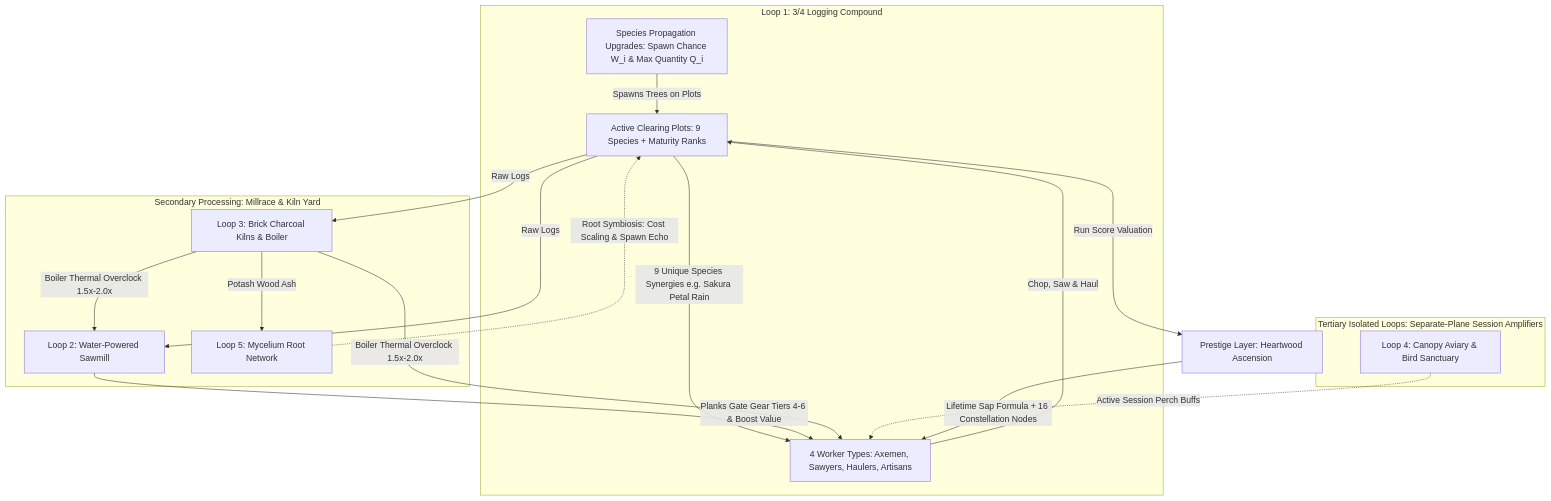
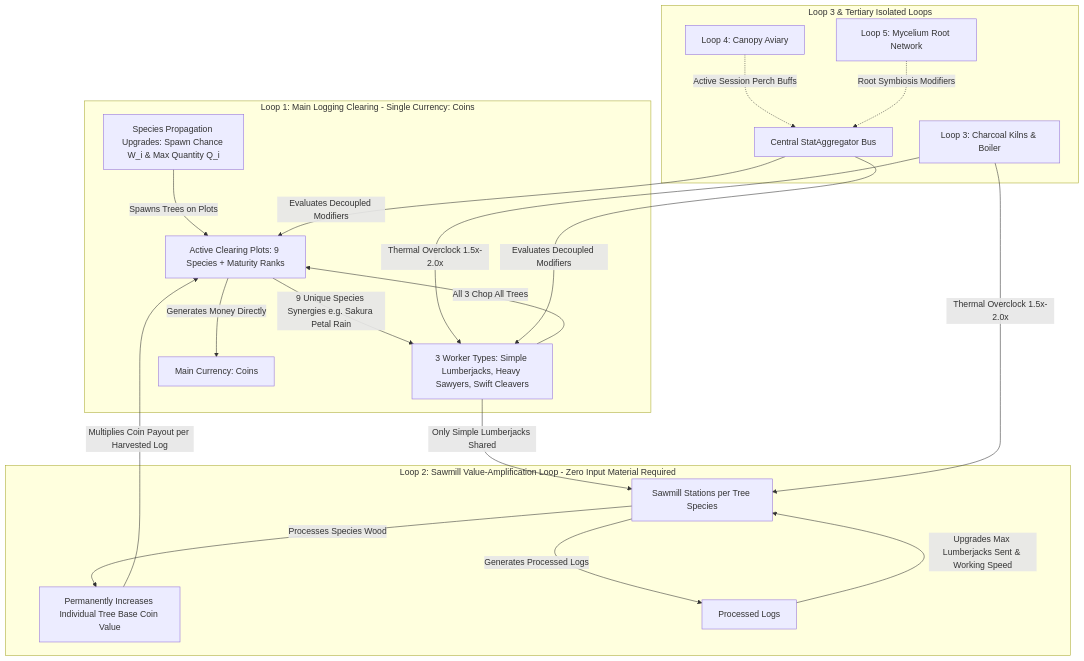
The diagram in docs/architecture/treecremental_design_doc.md (JS-Marinn/treecremental-game), drawn with Mermaid before and after one commit. The commit also changed other lines of this file and 5 other files, not shown here.

Commit message:
Update planning docs to v0.6: single main currency, Sawmill tree-value amplification loop, 3 worker types, and hyper-modular StatAggregator architecture

````diff
--- a/docs/architecture/treecremental_design_doc.md
+++ b/docs/architecture/treecremental_design_doc.md
@@ -118,25 +113,26 @@
 ```mermaid
 flowchart TD
-  subgraph Loop 1: 3/4 Logging Compound
+  subgraph Loop 1: Main Logging Clearing - Single Currency: Coins
     PROP[Species Propagation Upgrades: Spawn Chance W_i & Max Quantity Q_i] -->|Spawns Trees on Plots| PLOTS[Active Clearing Plots: 9 Species + Maturity Ranks]
-    CREW[4 Worker Types: Axemen, Sawyers, Haulers, Artisans] -->|Chop, Saw & Haul| PLOTS
+    CREW[3 Worker Types: Simple Lumberjacks, Heavy Sawyers, Swift Cleavers] -->|All 3 Chop All Trees| PLOTS
+    PLOTS -->|Generates Money Directly| COINS[Main Currency: Coins]
     PLOTS -->|9 Unique Species Synergies e.g. Sakura Petal Rain| CREW
   end
 
-  subgraph Secondary Processing: Millrace & Kiln Yard
-    PLOTS -->|Raw Logs| MILL[Loop 2: Water-Powered Sawmill]
-    PLOTS -->|Raw Logs| KILN[Loop 3: Brick Charcoal Kilns & Boiler]
-    MILL -->|Planks Gate Gear Tiers 4-6 & Boost Value| CREW
-    KILN -->|Boiler Thermal Overclock 1.5x-2.0x| MILL
-    KILN -->|Boiler Thermal Overclock 1.5x-2.0x| CREW
-    KILN -->|Potash Wood Ash| MYC[Loop 5: Mycelium Root Network]
+  subgraph Loop 2: Sawmill Value-Amplification Loop - Zero Input Material Required
+    CREW -->|Only Simple Lumberjacks Shared| MILL[Sawmill Stations per Tree Species]
+    MILL -->|Processes Species Wood| VAL[Permanently Increases Individual Tree Base Coin Value]
+    VAL -->|Multiplies Coin Payout per Harvested Log| PLOTS
+    MILL -->|Generates Processed Logs| PROC[Processed Logs]
+    PROC -->|Upgrades Max Lumberjacks Sent & Working Speed| MILL
   end
 
-  subgraph Tertiary Isolated Loops: Separate-Plane Session Amplifiers
-    AVIARY[Loop 4: Canopy Aviary & Bird Sanctuary] -.->|Active Session Perch Buffs| CREW
-    MYC -.->|Root Symbiosis: Cost Scaling & Spawn Echo| PLOTS
+  subgraph Loop 3 & Tertiary Isolated Loops
+    KILN[Loop 3: Charcoal Kilns & Boiler] -->|Thermal Overclock 1.5x-2.0x| CREW
+    KILN -->|Thermal Overclock 1.5x-2.0x| MILL
+    AVIARY[Loop 4: Canopy Aviary] -.->|Active Session Perch Buffs| STAT[Central StatAggregator Bus]
+    MYC[Loop 5: Mycelium Root Network] -.->|Root Symbiosis Modifiers| STAT
+    STAT -->|Evaluates Decoupled Modifiers| PLOTS
+    STAT -->|Evaluates Decoupled Modifiers| CREW
   end
-
-  PLOTS -->|Run Score Valuation| SAP[Prestige Layer: Heartwood Ascension]
-  SAP -->|Lifetime Sap Formula + 16 Constellation Nodes| CREW
 ```
````
